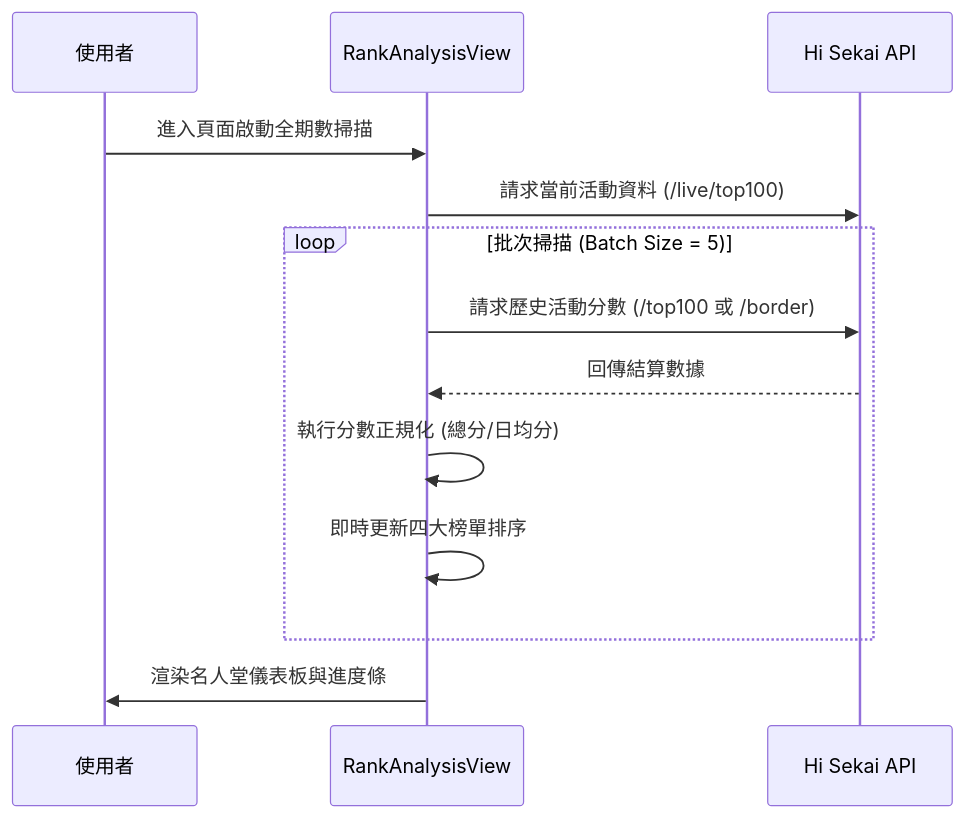
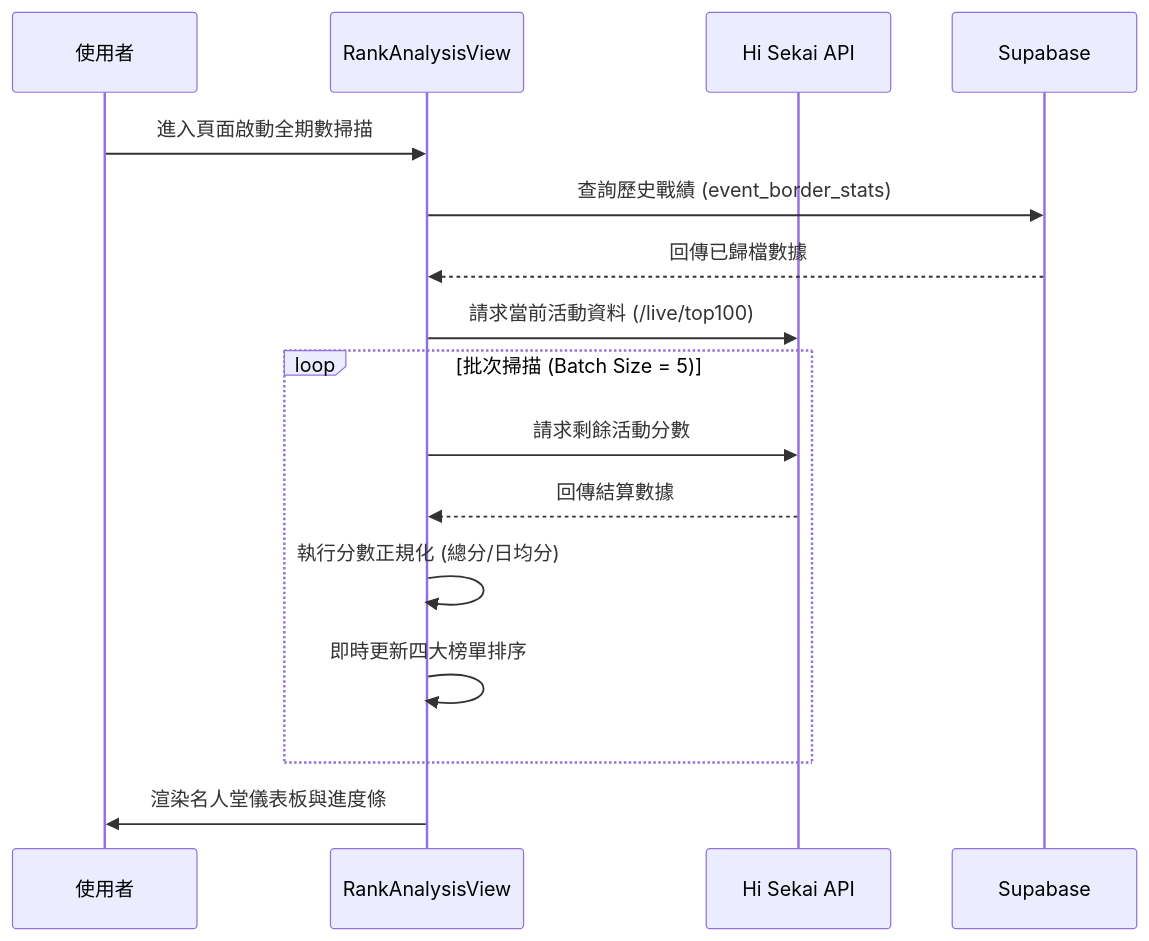
The diagram in docs/PAGE_RANK_ANALYSIS.md (rockzerox/Project-Sekai-Ranking), drawn with Mermaid before and after one commit. The commit also changed other lines of this file and 65 other files, not shown here.

````diff
--- a/docs/PAGE_RANK_ANALYSIS.md
+++ b/docs/PAGE_RANK_ANALYSIS.md
@@ -91,16 +95,19 @@
 ```mermaid
 sequenceDiagram
     participant User as 使用者
     participant View as RankAnalysisView
     participant API as Hi Sekai API
+    participant DB as Supabase
 
     User->>View: 進入頁面啟動全期數掃描
+    View->>DB: 查詢歷史戰績 (event_border_stats)
+    DB-->>View: 回傳已歸檔數據
     View->>API: 請求當前活動資料 (/live/top100)
     loop 批次掃描 (Batch Size = 5)
-        View->>API: 請求歷史活動分數 (/top100 或 /border)
+        View->>API: 請求剩餘活動分數
         API-->>View: 回傳結算數據
         View->>View: 執行分數正規化 (總分/日均分)
         View->>View: 即時更新四大榜單排序
     end
     View->>User: 渲染名人堂儀表板與進度條
 ```
````
